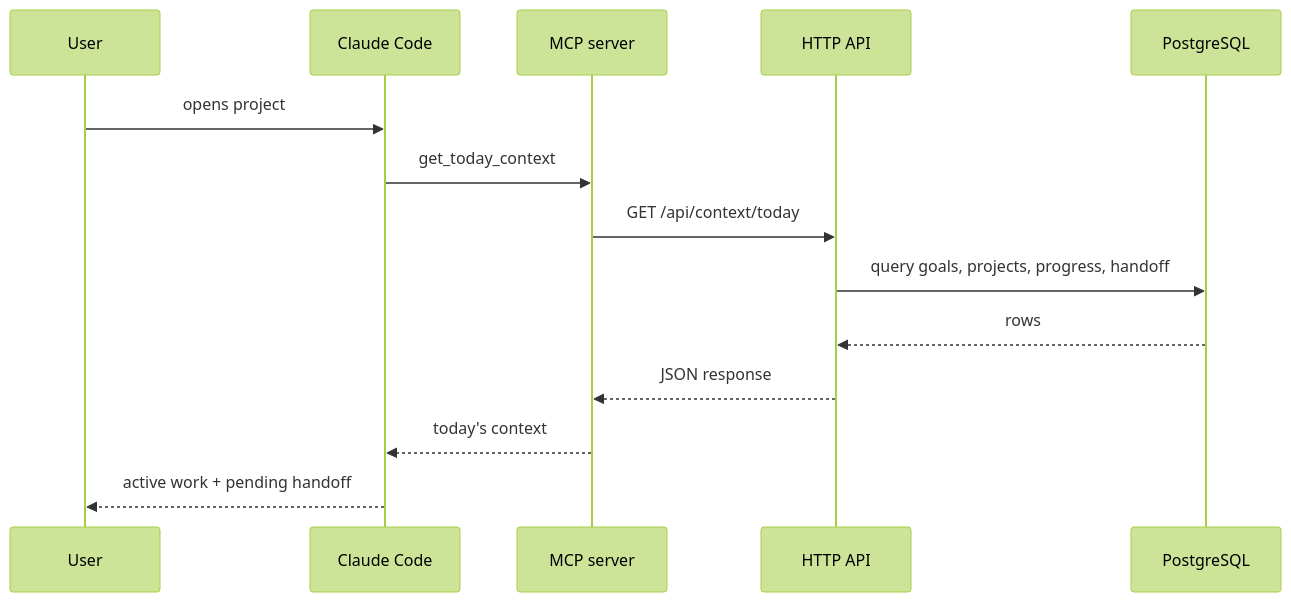
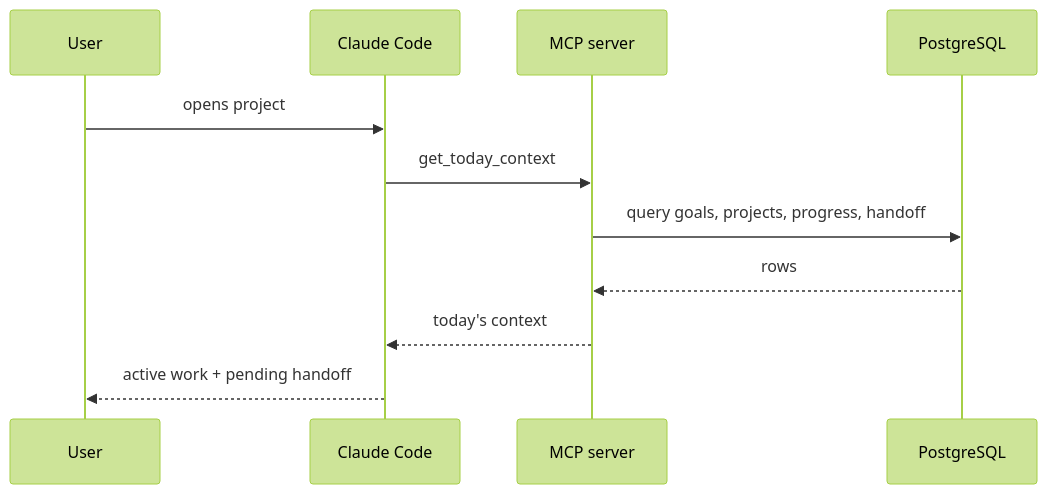
The second of 3 diagrams in docs/architecture.md (Wayne997035/wayneblacktea), drawn with Mermaid (forest theme) before and after one commit. The commit also changed other lines of this file and 57 other files, not shown here.

````diff
--- a/docs/architecture.md
+++ b/docs/architecture.md
@@ -75,17 +76,14 @@
 ```mermaid
 sequenceDiagram
     participant User
     participant Editor as Claude Code
     participant MCP as MCP server
-    participant API as HTTP API
     participant DB as PostgreSQL
 
     User->>Editor: opens project
     Editor->>MCP: get_today_context
-    MCP->>API: GET /api/context/today
-    API->>DB: query goals, projects, progress, handoff
-    DB-->>API: rows
-    API-->>MCP: JSON response
+    MCP->>DB: query goals, projects, progress, handoff
+    DB-->>MCP: rows
     MCP-->>Editor: today's context
     Editor-->>User: active work + pending handoff
 ```
````
